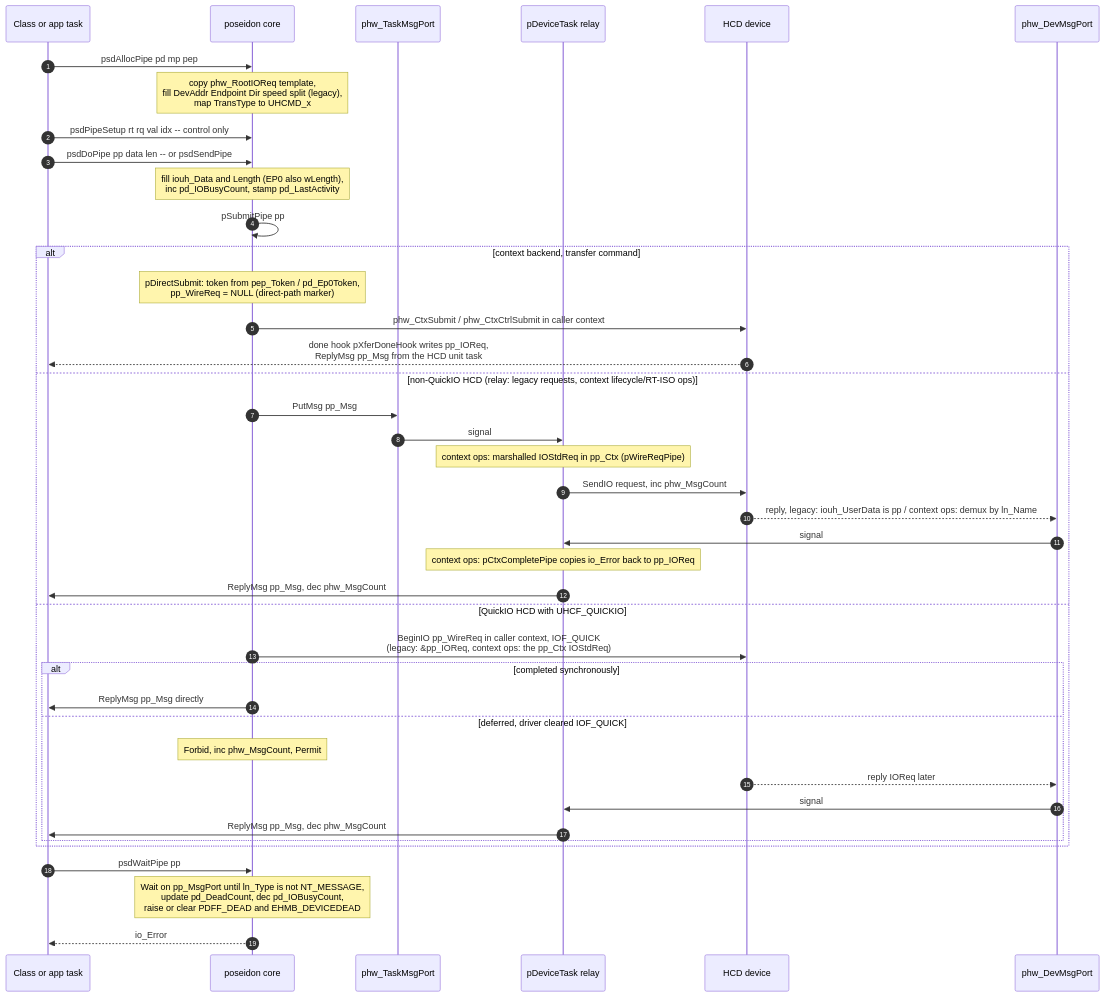
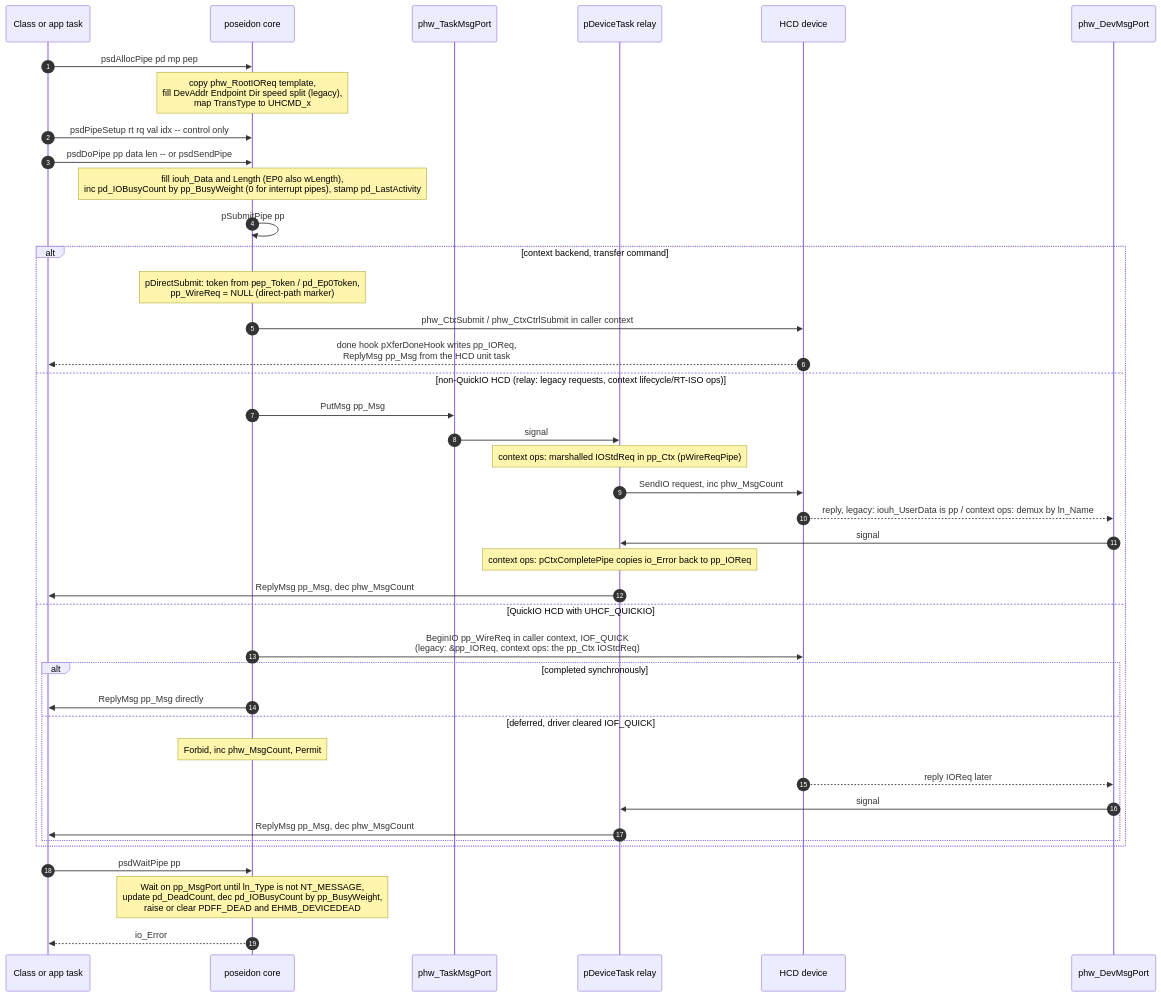
Before and after one commit to rondoval/poseidon-backport: the fifth of 17 diagrams in docs/poseidon.library-architecture.md, drawn with Mermaid. The commit also changed other lines of this file and 3 other files, not shown here.

````diff
--- a/docs/poseidon.library-architecture.md
+++ b/docs/poseidon.library-architecture.md
@@ -387,46 +399,46 @@
 ```mermaid
 sequenceDiagram
     autonumber
     participant C as Class or app task
     participant PS as poseidon core
     participant TP as phw_TaskMsgPort
     participant DT as pDeviceTask relay
     participant HCD as HCD device
     participant DP as phw_DevMsgPort
 
     C->>PS: psdAllocPipe pd mp pep
     note over PS: copy phw_RootIOReq template,<br/>fill DevAddr Endpoint Dir speed split (legacy),<br/>map TransType to UHCMD_x
     C->>PS: psdPipeSetup rt rq val idx -- control only
     C->>PS: psdDoPipe pp data len -- or psdSendPipe
-    note over PS: fill iouh_Data and Length (EP0 also wLength),<br/>inc pd_IOBusyCount, stamp pd_LastActivity
+    note over PS: fill iouh_Data and Length (EP0 also wLength),<br/>inc pd_IOBusyCount by pp_BusyWeight (0 for interrupt pipes), stamp pd_LastActivity
     PS->>PS: pSubmitPipe pp
 
     alt context backend, transfer command
         note over PS: pDirectSubmit: token from pep_Token / pd_Ep0Token,<br/>pp_WireReq = NULL (direct-path marker)
         PS->>HCD: phw_CtxSubmit / phw_CtxCtrlSubmit in caller context
         HCD-->>C: done hook pXferDoneHook writes pp_IOReq,<br/>ReplyMsg pp_Msg from the HCD unit task
     else non-QuickIO HCD (relay: legacy requests, context lifecycle/RT-ISO ops)
         PS->>TP: PutMsg pp_Msg
         TP->>DT: signal
         note over DT: context ops: marshalled IOStdReq in pp_Ctx (pWireReqPipe)
         DT->>HCD: SendIO request, inc phw_MsgCount
         HCD-->>DP: reply, legacy: iouh_UserData is pp / context ops: demux by ln_Name
         DP->>DT: signal
         note over DT: context ops: pCtxCompletePipe copies io_Error back to pp_IOReq
         DT->>C: ReplyMsg pp_Msg, dec phw_MsgCount
     else QuickIO HCD with UHCF_QUICKIO
         PS->>HCD: BeginIO pp_WireReq in caller context, IOF_QUICK<br/>(legacy: &pp_IOReq, context ops: the pp_Ctx IOStdReq)
         alt completed synchronously
             PS->>C: ReplyMsg pp_Msg directly
         else deferred, driver cleared IOF_QUICK
             note over PS: Forbid, inc phw_MsgCount, Permit
             HCD-->>DP: reply IOReq later
             DP->>DT: signal
             DT->>C: ReplyMsg pp_Msg, dec phw_MsgCount
         end
     end
 
     C->>PS: psdWaitPipe pp
-    note over PS: Wait on pp_MsgPort until ln_Type is not NT_MESSAGE,<br/>update pd_DeadCount, dec pd_IOBusyCount,<br/>raise or clear PDFF_DEAD and EHMB_DEVICEDEAD
+    note over PS: Wait on pp_MsgPort until ln_Type is not NT_MESSAGE,<br/>update pd_DeadCount, dec pd_IOBusyCount by pp_BusyWeight,<br/>raise or clear PDFF_DEAD and EHMB_DEVICEDEAD
     PS-->>C: io_Error
 ```
````
